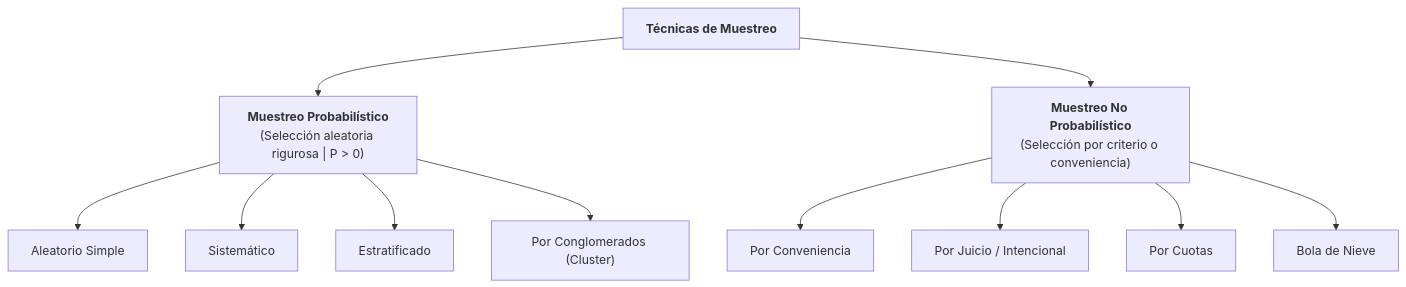
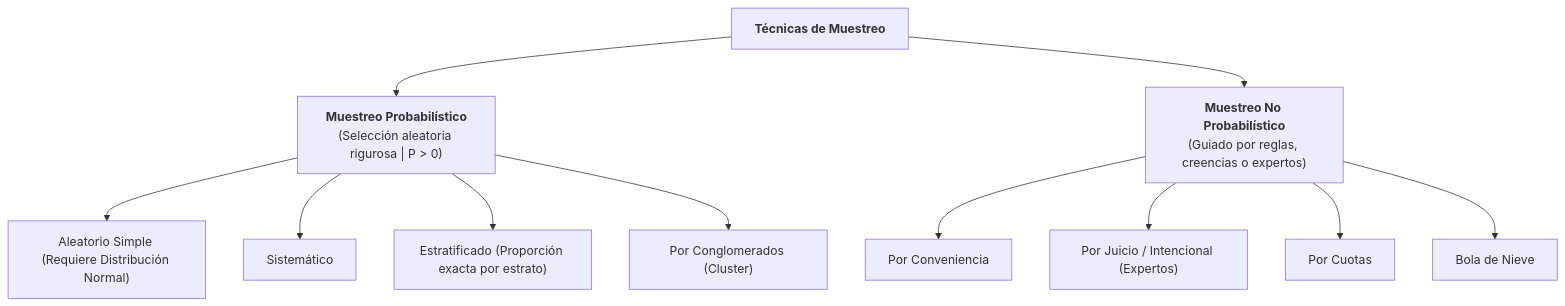
The second of 2 diagrams in minería de datos/6. Recolección de Datos, Preprocesamiento y Técnicas de Muestreo.md (Eddyfals0/notas-obsidia-oto-o-2026), drawn with Mermaid before and after one commit. The commit also changed other lines of this file and 2 other files, not shown here.

````diff
--- a/minería de datos/6. Recolección de Datos, Preprocesamiento y Técnicas de Muestreo.md
+++ b/minería de datos/6. Recolección de Datos, Preprocesamiento y Técnicas de Muestreo.md
@@ -92,16 +101,16 @@
 ```mermaid
 flowchart TD
     MUESTREO["<b>Técnicas de Muestreo</b>"]
     MUESTREO --> PROB["<b>Muestreo Probabilístico</b><br>(Selección aleatoria rigurosa | P > 0)"]
-    MUESTREO --> NOPROB["<b>Muestreo No Probabilístico</b><br>(Selección por criterio o conveniencia)"]
+    MUESTREO --> NOPROB["<b>Muestreo No Probabilístico</b><br>(Guiado por reglas, creencias o expertos)"]
 
-    PROB --> P1["Aleatorio Simple"]
+    PROB --> P1["Aleatorio Simple (Requiere Distribución Normal)"]
     PROB --> P2["Sistemático"]
-    PROB --> P3["Estratificado"]
+    PROB --> P3["Estratificado (Proporción exacta por estrato)"]
     PROB --> P4["Por Conglomerados (Cluster)"]
 
     NOPROB --> NP1["Por Conveniencia"]
-    NOPROB --> NP2["Por Juicio / Intencional"]
+    NOPROB --> NP2["Por Juicio / Intencional (Expertos)"]
     NOPROB --> NP3["Por Cuotas"]
     NOPROB --> NP4["Bola de Nieve"]
 ```
````
